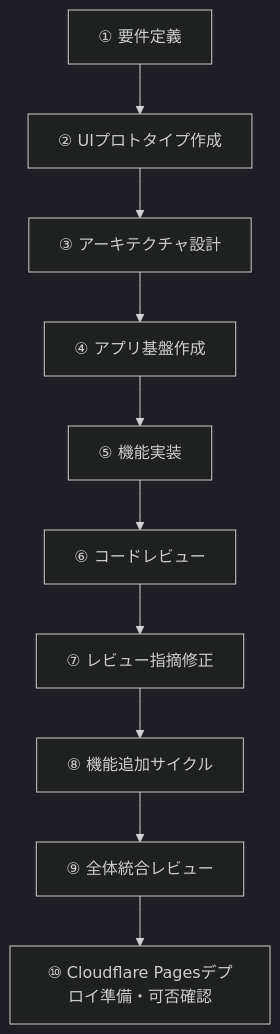
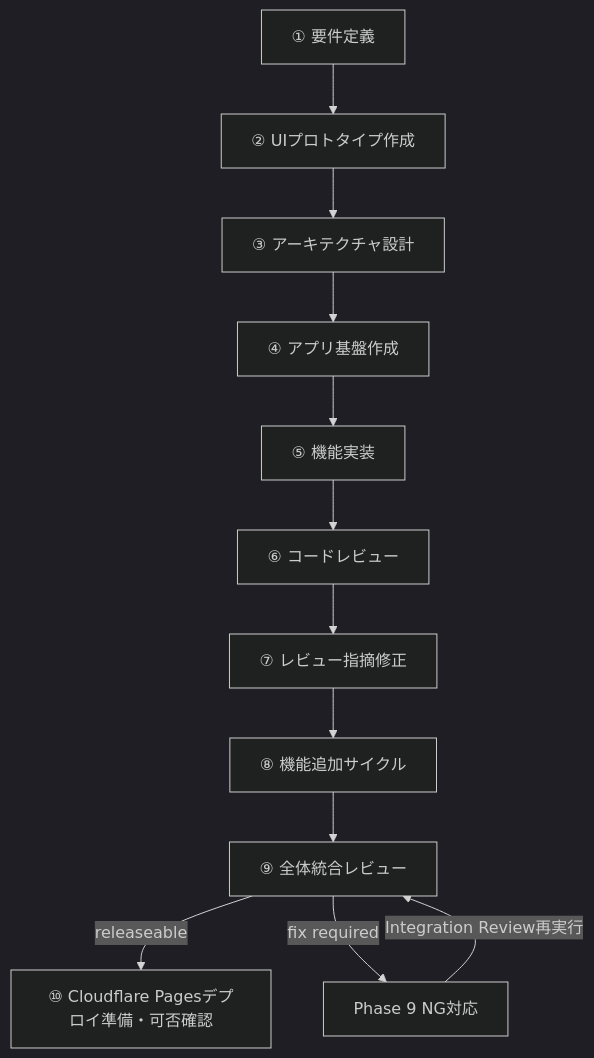
One commit to FujiJPProject/IPAStudyApp changed the first of 3 diagrams in AI/応用情報技術者試験Webアプリ作成 プロンプト手順.md. Above: the diagram before and after it, drawn with Mermaid (dark theme). The commit also changed other lines of this file and 1 other file, not shown here.

Commit message:
Harden Phase 9 remediation workflow

````diff
--- a/AI/応用情報技術者試験Webアプリ作成 プロンプト手順.md
+++ b/AI/応用情報技術者試験Webアプリ作成 プロンプト手順.md
@@ -23,12 +23,14 @@
 ```mermaid
 graph TD
     A["① 要件定義"] --> B["② UIプロトタイプ作成"]
     B --> C["③ アーキテクチャ設計"]
     C --> D["④ アプリ基盤作成"]
     D --> E["⑤ 機能実装"]
     E --> F["⑥ コードレビュー"]
     F --> G["⑦ レビュー指摘修正"]
     G --> H["⑧ 機能追加サイクル"]
     H --> I["⑨ 全体統合レビュー"]
-    I --> J["⑩ Cloudflare Pagesデプロイ準備・可否確認"]
+    I -->|"releaseable"| J["⑩ Cloudflare Pagesデプロイ準備・可否確認"]
+    I -->|"fix required"| K["Phase 9 NG対応"]
+    K -->|"Integration Review再実行"| I
 ```
````
